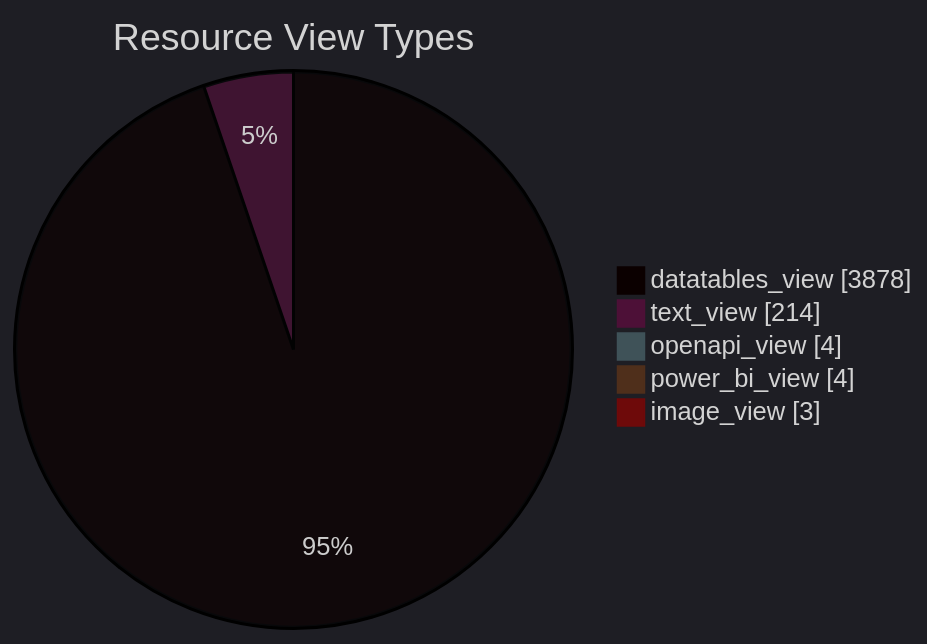
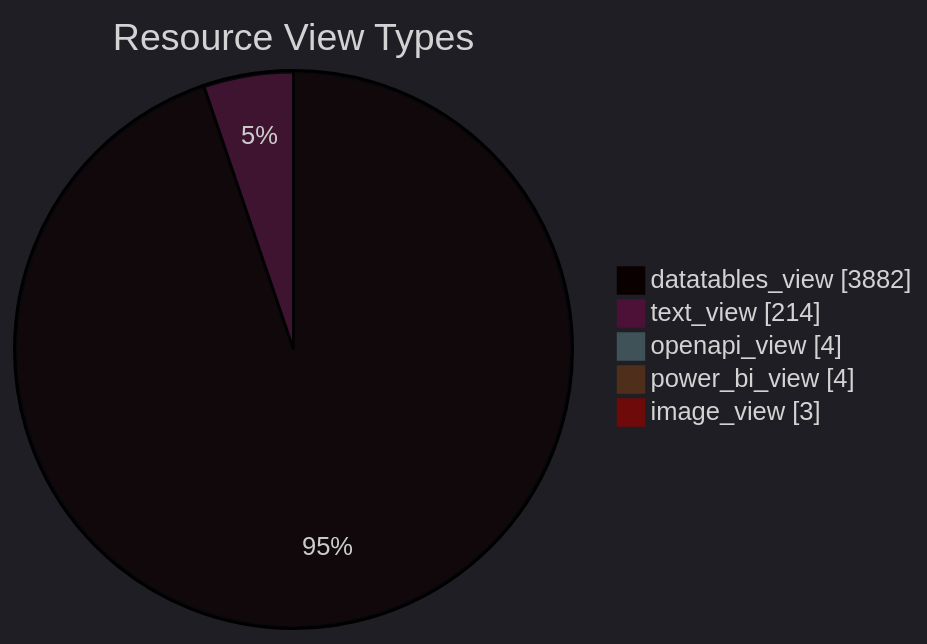
One commit to open-data/analytics-corporate-reporting changed the diagram in datastore_tracker/resource_view_types_pie_chart.md. Above: the diagram before and after it, drawn with Mermaid. The commit also changed 11 other files, not shown here.

````diff
--- a/datastore_tracker/resource_view_types_pie_chart.md
+++ b/datastore_tracker/resource_view_types_pie_chart.md
@@ -2,12 +2,12 @@
 ```mermaid
 ---
 config:
   theme: dark
 ---
 pie showData title Resource View Types
-    "datatables_view": 3878
+    "datatables_view": 3882
     "text_view": 214
     "openapi_view": 4
     "power_bi_view": 4
     "image_view": 3
 ```
````
